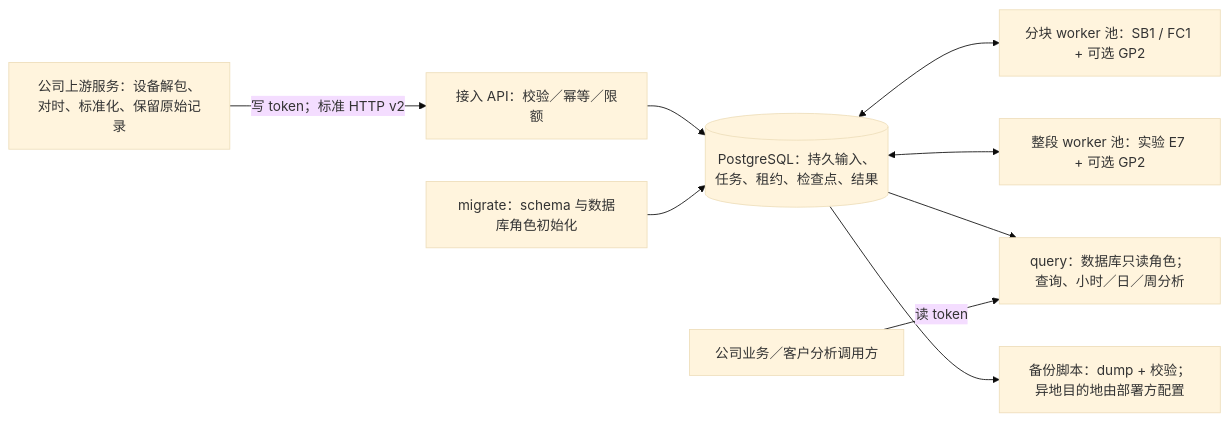
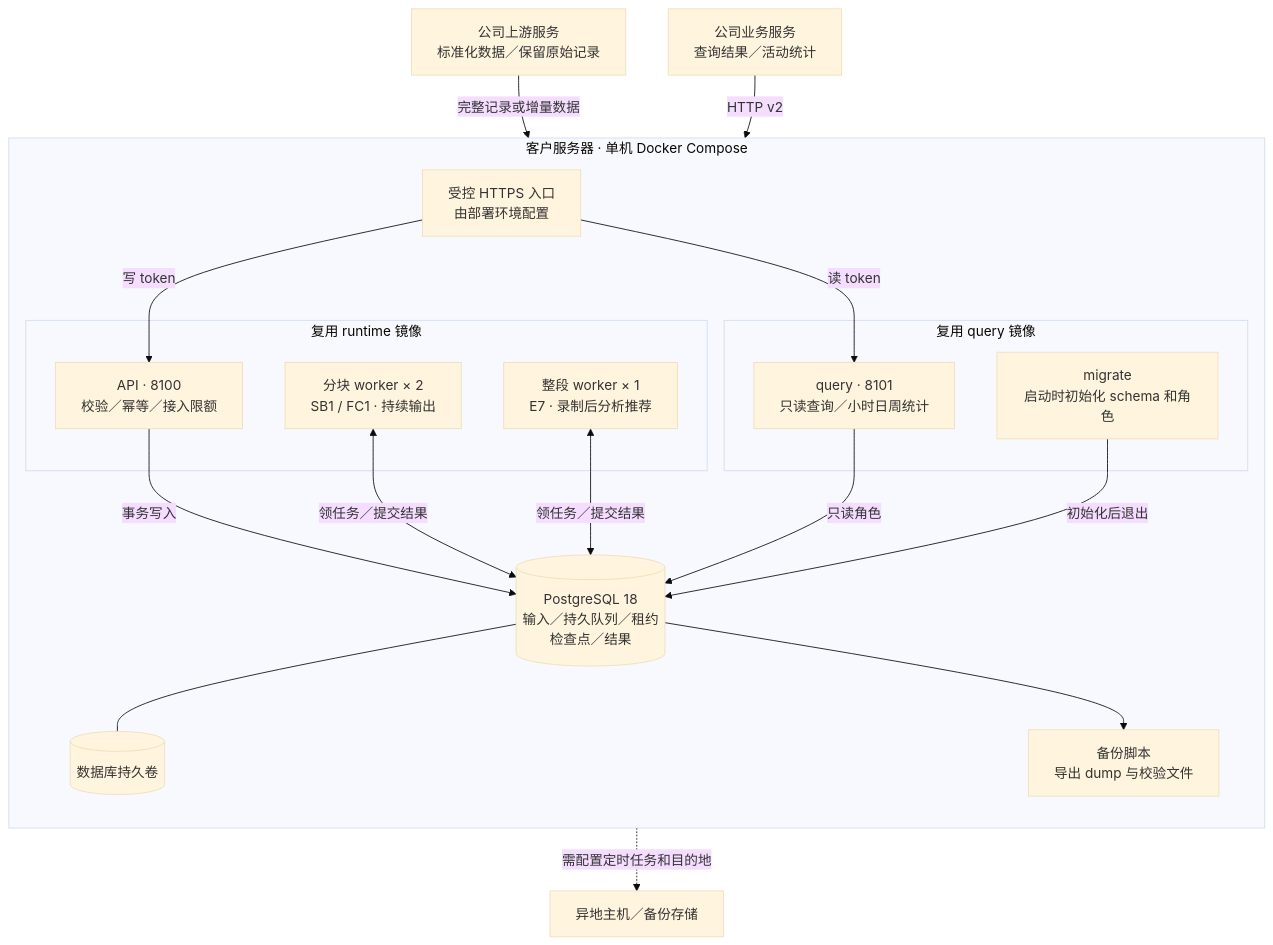
The first of 3 diagrams in docs/architecture.md (Kscii/imu-services), drawn with Mermaid (base theme) before and after one commit. The commit also changed other lines of this file and 16 other files, not shown here.

````diff
--- a/docs/architecture.md
+++ b/docs/architecture.md
@@ -7,11 +36,33 @@
 ```mermaid
-flowchart LR
-    U["公司上游服务：设备解包、对时、标准化、保留原始记录"] -->|"写 token；标准 HTTP v2"| A["接入 API：校验／幂等／限额"]
-    A --> P[("PostgreSQL：持久输入、任务、租约、检查点、结果")]
-    P <--> I["分块 worker 池：SB1 / FC1 + 可选 GP2"]
-    P <--> W["整段 worker 池：实验 E7 + 可选 GP2"]
-    P --> Q["query：数据库只读角色；查询、小时／日／周分析"]
-    B["公司业务／客户分析调用方"] -->|"读 token"| Q
-    M["migrate：schema 与数据库角色初始化"] --> P
-    P --> BK["备份脚本：dump + 校验；异地目的地由部署方配置"]
+flowchart TB
+    U["公司上游服务<br/>标准化数据／保留原始记录"]
+    B["公司业务服务<br/>查询结果／活动统计"]
+    subgraph HOST["客户服务器 · 单机 Docker Compose"]
+        direction TB
+        G["受控 HTTPS 入口<br/>由部署环境配置"]
+        subgraph RT["复用 runtime 镜像"]
+            A["API · 8100<br/>校验／幂等／接入限额"]
+            I["分块 worker × 2<br/>SB1 / FC1 · 持续输出"]
+            W["整段 worker × 1<br/>E7 · 录制后分析推荐"]
+        end
+        subgraph QT["复用 query 镜像"]
+            Q["query · 8101<br/>只读查询／小时日周统计"]
+            M["migrate<br/>启动时初始化 schema 和角色"]
+        end
+        P[("PostgreSQL 18<br/>输入／持久队列／租约<br/>检查点／结果")]
+        V[("数据库持久卷")]
+        BK["备份脚本<br/>导出 dump 与校验文件"]
+        G -->|"写 token"| A
+        G -->|"读 token"| Q
+        A -->|"事务写入"| P
+        I <-->|"领任务／提交结果"| P
+        W <-->|"领任务／提交结果"| P
+        Q -->|"只读角色"| P
+        M -->|"初始化后退出"| P
+        P --- V
+        P --> BK
+    end
+    U -->|"完整记录或增量数据"| G
+    B -->|"HTTP v2"| G
+    BK -.->|"需配置定时任务和目的地"| OFF["异地主机／备份存储"]
 ```
````
